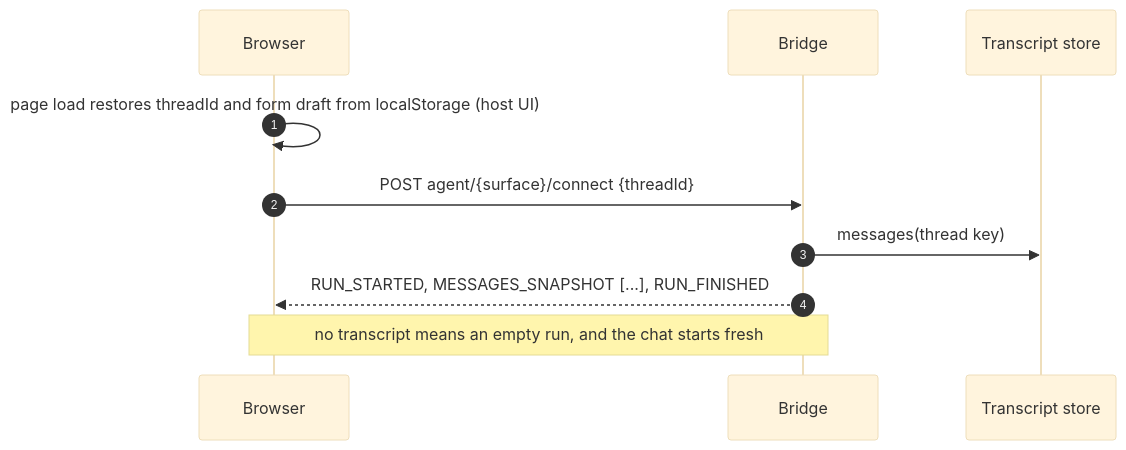
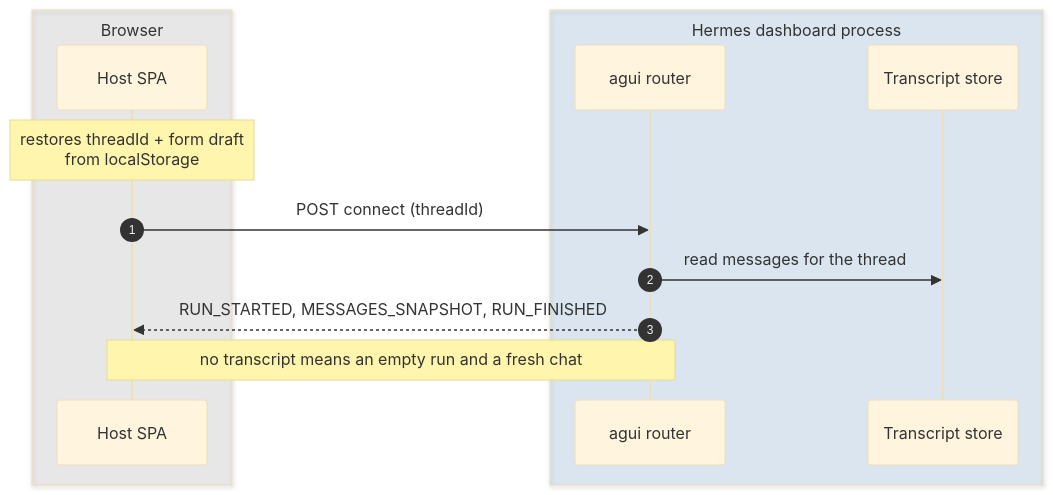
One commit to ejlevin1/hermes-agui changed the eighth of 9 diagrams in ARCHITECTURE.md. Above: the diagram before and after it, drawn with Mermaid (base theme). The commit also changed other lines of this file, not shown here.

Commit message:
docs: readable architecture diagrams (C4 as flowcharts with runtime kinds, consistent names, process boxes in sequences)

````diff
--- a/ARCHITECTURE.md
+++ b/ARCHITECTURE.md
@@ -232,13 +307,17 @@
 ```mermaid
 sequenceDiagram
   autonumber
-  participant B as Browser
-  participant R as Bridge
-  participant T as Transcript store
+  box rgba(120,120,120,0.12) Browser
+    participant SPA as Host SPA
+  end
+  box rgba(17,104,189,0.12) Hermes dashboard process
+    participant RT as agui router
+    participant TS as Transcript store
+  end
 
-  B->>B: page load restores threadId and form draft from localStorage (host UI)
-  B->>R: POST agent/{surface}/connect {threadId}
-  R->>T: messages(thread key)
-  R-->>B: RUN_STARTED, MESSAGES_SNAPSHOT [...], RUN_FINISHED
-  Note over B,R: no transcript means an empty run, and the chat starts fresh
+  Note over SPA: restores threadId + form draft<br/>from localStorage
+  SPA->>RT: POST connect (threadId)
+  RT->>TS: read messages for the thread
+  RT-->>SPA: RUN_STARTED, MESSAGES_SNAPSHOT, RUN_FINISHED
+  Note over SPA,RT: no transcript means an empty run and a fresh chat
 ```
````
